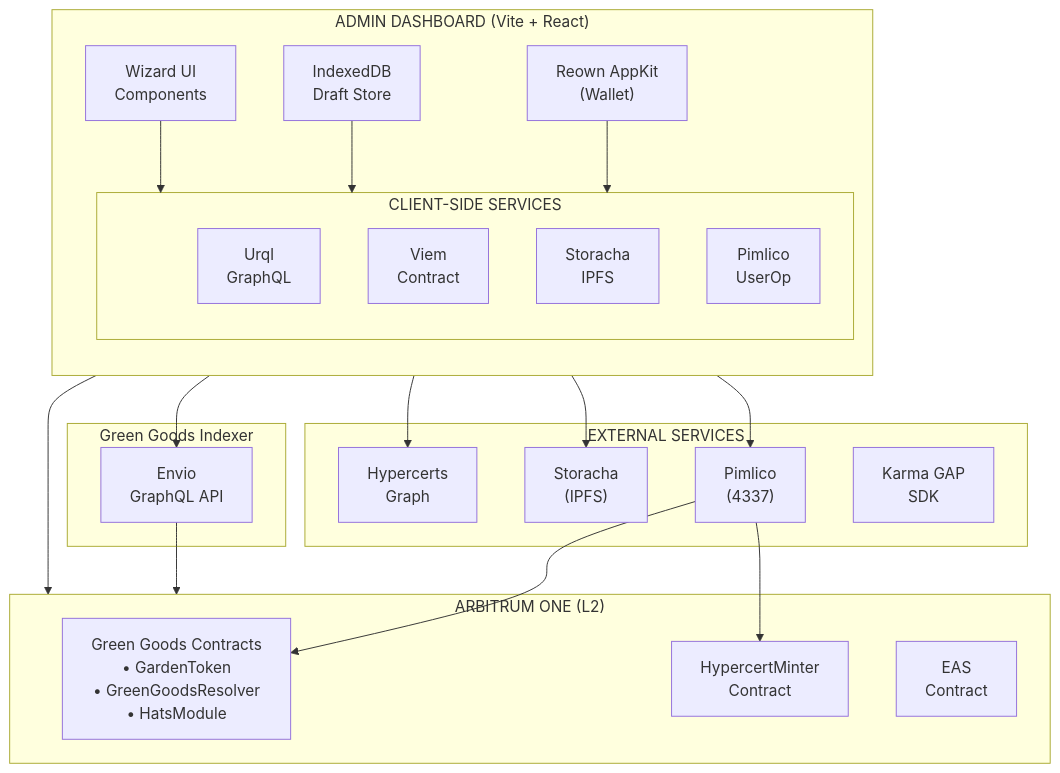
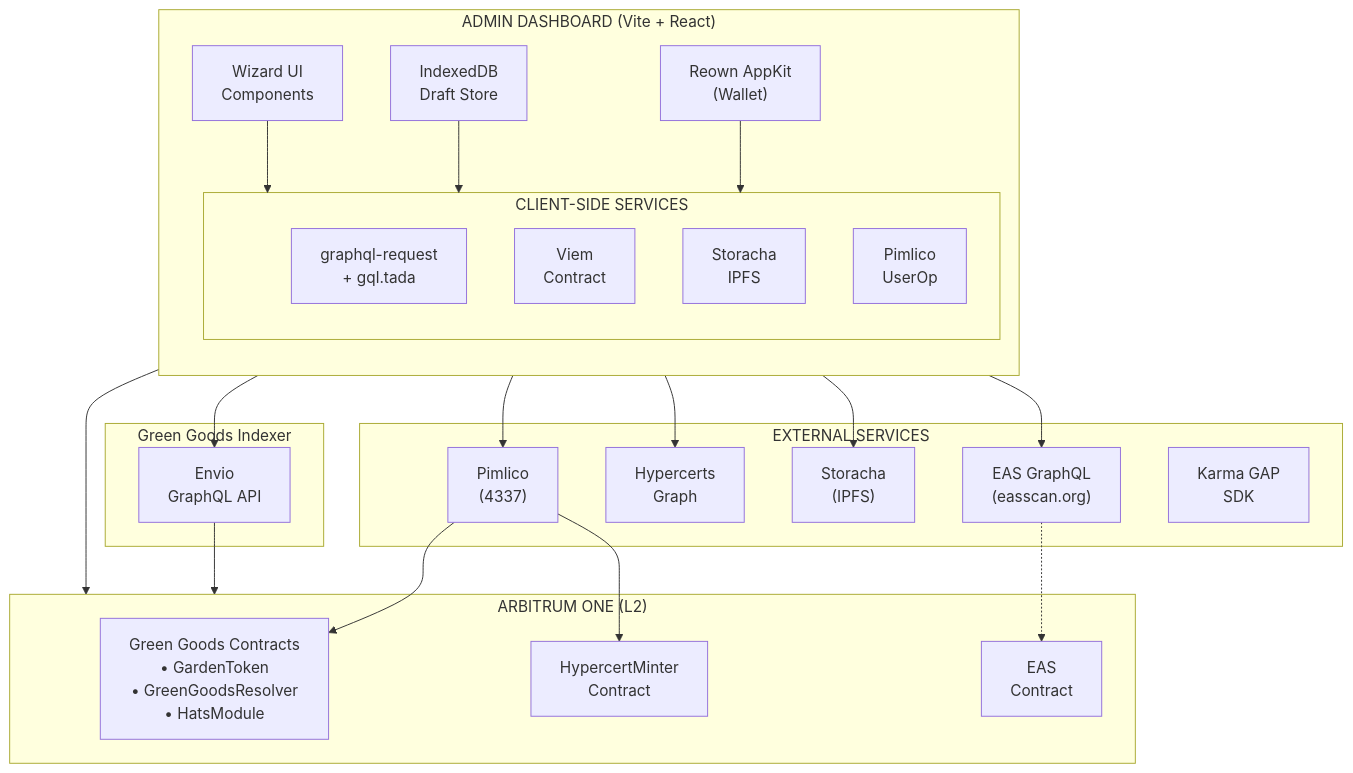
Before and after one commit to greenpill-dev-guild/green-goods: the first of 12 diagrams in docs/docs/specs/hypercerts/technical-spec.md, drawn with Mermaid. The commit also changed other lines of this file and 11 other files, not shown here.

````diff
--- a/docs/docs/specs/hypercerts/technical-spec.md
+++ b/docs/docs/specs/hypercerts/technical-spec.md
@@ -83,47 +83,50 @@
 ```mermaid
 flowchart TB
     subgraph Admin["ADMIN DASHBOARD (Vite + React)"]
         direction TB
         Wizard["Wizard UI<br/>Components"]
         IDB["IndexedDB<br/>Draft Store"]
         AppKit["Reown AppKit<br/>(Wallet)"]
 
         subgraph Services["CLIENT-SIDE SERVICES"]
-            Urql["Urql<br/>GraphQL"]
+            GQL["graphql-request<br/>+ gql.tada"]
             Viem["Viem<br/>Contract"]
             Stor["Storacha<br/>IPFS"]
             Pim["Pimlico<br/>UserOp"]
         end
 
         Wizard --> Services
         IDB --> Services
         AppKit --> Services
     end
 
     subgraph Envio["Green Goods Indexer"]
         EnvioAPI["Envio<br/>GraphQL API"]
     end
 
     subgraph External["EXTERNAL SERVICES"]
+        EASAPI["EAS GraphQL<br/>(easscan.org)"]
         HCGraph["Hypercerts<br/>Graph"]
         StorAPI["Storacha<br/>(IPFS)"]
         PimAPI["Pimlico<br/>(4337)"]
         GAPSDK["Karma GAP<br/>SDK"]
     end
 
     subgraph Arbitrum["ARBITRUM ONE (L2)"]
         GGContracts["Green Goods Contracts<br/>• GardenToken<br/>• GreenGoodsResolver<br/>• HatsModule"]
         HCMinter["HypercertMinter<br/>Contract"]
-        EAS["EAS<br/>Contract"]
+        EASContract["EAS<br/>Contract"]
     end
 
-    Urql --> EnvioAPI
-    Urql --> HCGraph
+    GQL --> EnvioAPI
+    GQL --> EASAPI
+    GQL --> HCGraph
     Viem --> Arbitrum
     Stor --> StorAPI
     Pim --> PimAPI
 
     EnvioAPI --> Arbitrum
+    EASAPI -.-> EASContract
     PimAPI --> HCMinter
     PimAPI --> GGContracts
 ```
````
